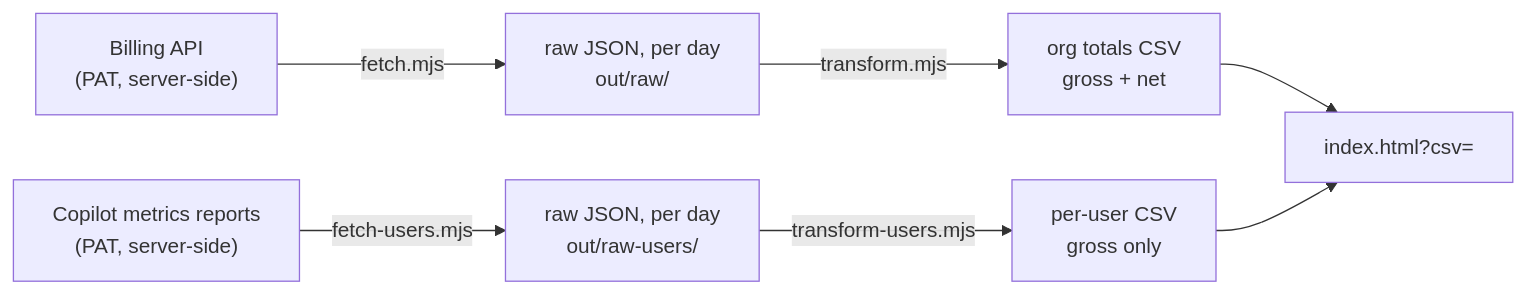
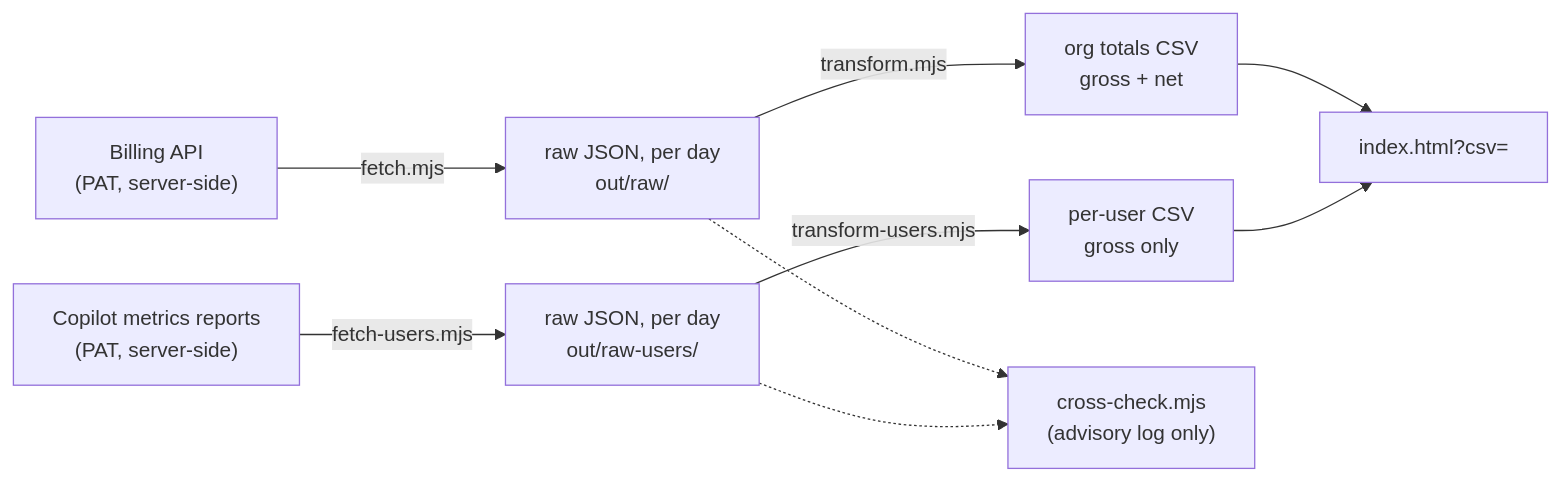
Before and after one commit to DaichiUeura/copilot-ai-usage-viewer: the diagram in automation/README.md, drawn with Mermaid. The commit also changed other lines of this file and 14 other files, not shown here.

````diff
--- a/automation/README.md
+++ b/automation/README.md
@@ -18,9 +24,11 @@
 ```mermaid
 flowchart LR
     BILL["Billing API<br/>(PAT, server-side)"] -- fetch.mjs --> BRAW["raw JSON, per day<br/>out/raw/"]
     BRAW -- transform.mjs --> BCSV["org totals CSV<br/>gross + net"]
     MET["Copilot metrics reports<br/>(PAT, server-side)"] -- fetch-users.mjs --> URAW["raw JSON, per day<br/>out/raw-users/"]
     URAW -- transform-users.mjs --> UCSV["per-user CSV<br/>gross only"]
+    BRAW -.-> CHECK["cross-check.mjs<br/>(advisory log only)"]
+    URAW -.-> CHECK
     BCSV --> VIEW["index.html?csv="]
     UCSV --> VIEW
 ```
````
